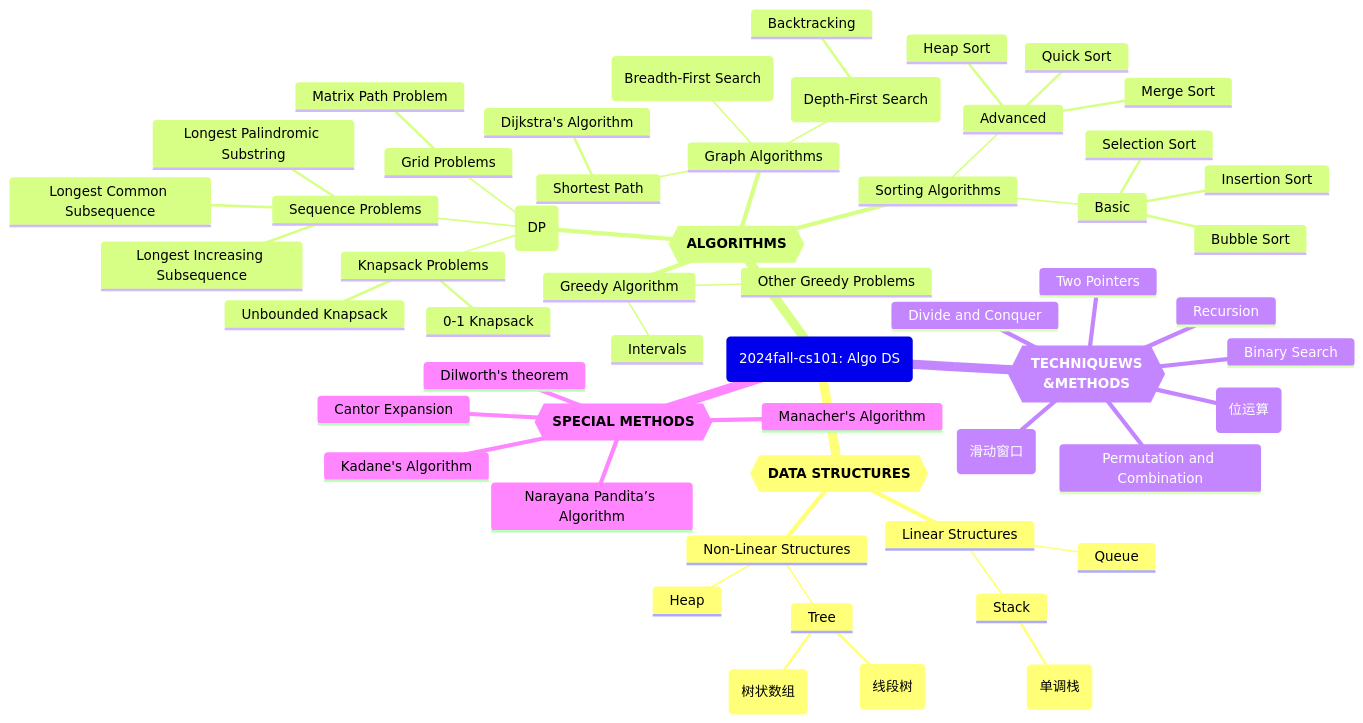
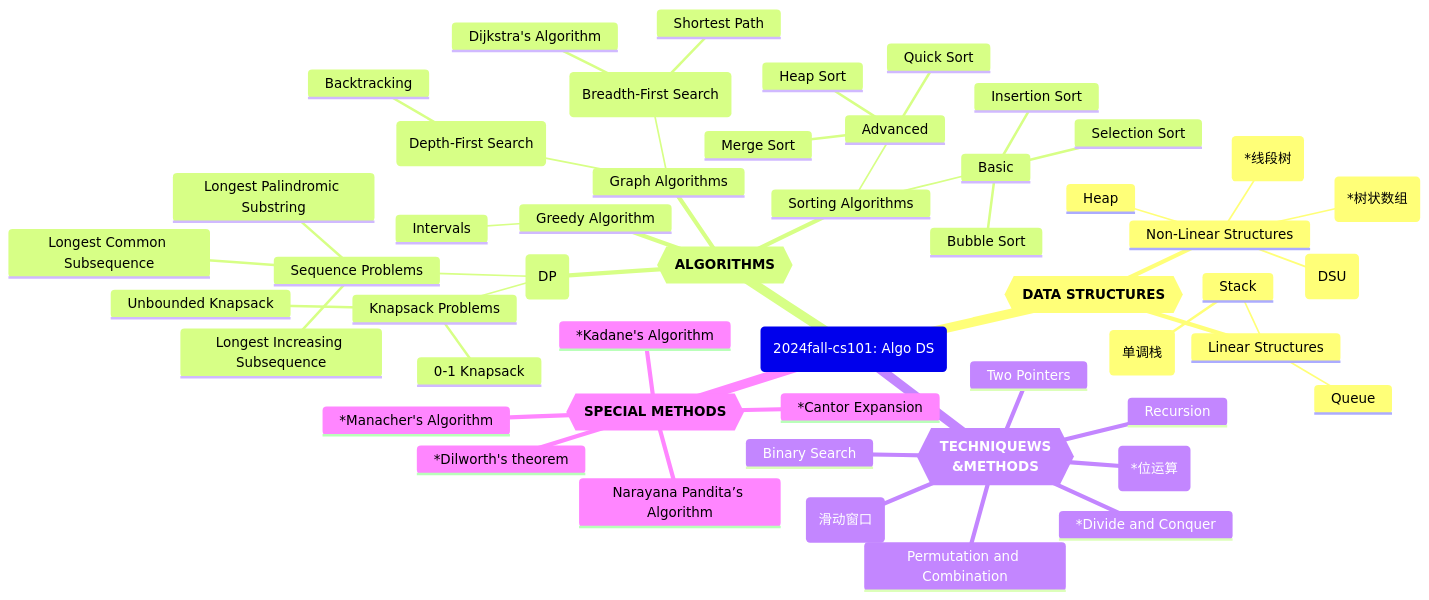
The diagram in 20241202_knowledgeGraph_cs101-AlgoDS.md (GMyhf/2024fall-cs101), drawn with Mermaid before and after one commit. The commit also changed other lines of this file, not shown here.

````diff
--- a/20241202_knowledgeGraph_cs101-AlgoDS.md
+++ b/20241202_knowledgeGraph_cs101-AlgoDS.md
@@ -13,62 +13,58 @@
 ```mermaid
 mindmap
   root (2024fall-cs101: Algo DS)
     Data Structures{{**DATA STRUCTURES**}}
     	Linear Structures
     		Stack
     			Monotonic Stack (单调栈)
     		Queue
     	Non-Linear Structures
     		Heap
-    		Tree
-    			Segment Tree(线段树)
-    			Binary Indexed Tree(树状数组)
+    		Segment Tree(*线段树)
+    		Binary Indexed Tree(*树状数组)
+    		Disjoint Set Union (DSU)
     	
     Algorithms{{**ALGORITHMS**}}
     	Greedy Algorithm
     		Intervals
-    		Other Greedy Problems
     	Dynamic Programming (DP)
     		Knapsack Problems
     			0-1 Knapsack
     			Unbounded Knapsack
     		Sequence Problems
     			Longest Common Subsequence
     			Longest Increasing Subsequence
     			Longest Palindromic Substring
-    		Grid Problems
-    			Matrix Path Problem
-    	Graph Algorithms
-    		Shortest Path
-    			Dijkstra's Algorithm
+    	Graph Algorithms			
     		DFS (Depth-First Search)
     			Backtracking
     		BFS (Breadth-First Search)
-
+    			Shortest Path
+    			Dijkstra's Algorithm
     	Sorting Algorithms
     		Basic
     			Bubble Sort
     			Selection Sort
     			Insertion Sort
     		Advanced
     			Merge Sort
     			Quick Sort
     			Heap Sort
     Techniques and Methods{{**TECHNIQUEWS<br>&METHODS**}}
-      Divide and Conquer
+      *Divide and Conquer
       Recursion
       Binary Search
       Two Pointers
       Sliding Window(滑动窗口)
       Permutation and Combination
-      Bit Manipulation (位运算)
+      Bit Manipulation (*位运算)
     Special Methods{{**SPECIAL METHODS**}}
-      Kadane's Algorithm
-      Manacher's Algorithm
+      *Kadane's Algorithm
+      *Manacher's Algorithm
       Narayana Pandita’s Algorithm
-      Cantor Expansion
-      Dilworth's theorem
+      *Cantor Expansion
+      *Dilworth's theorem
 
       
 
 ```
````
